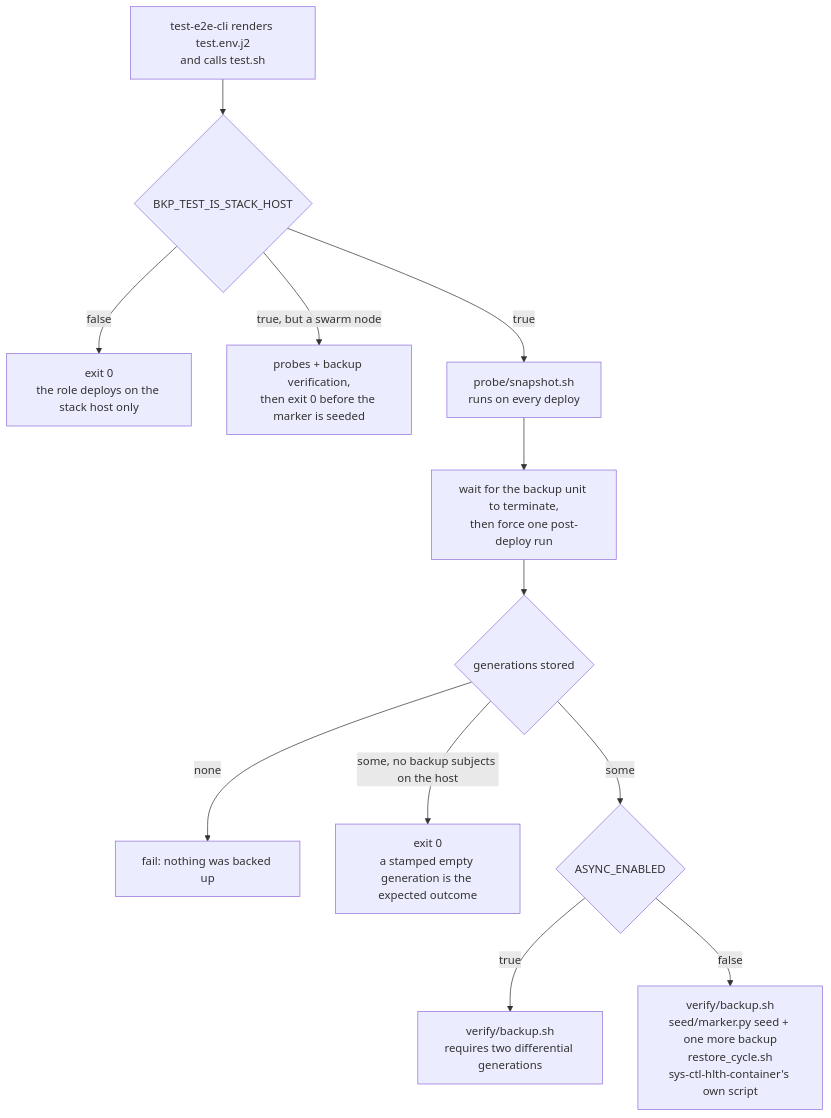
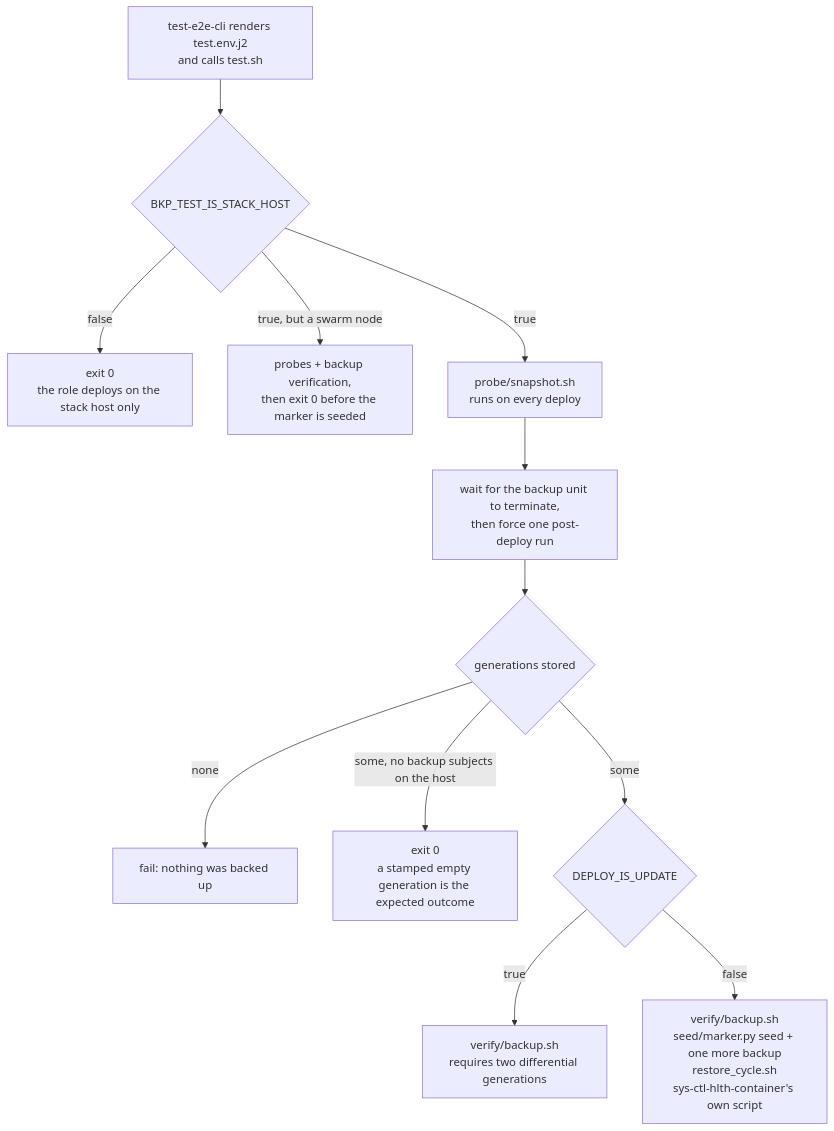
Before and after one commit to infinito-nexus/core: the first of 4 diagrams in roles/svc-bkp-volume-2-local/files/test/README.md, drawn with Mermaid. The commit also changed other lines of this file and 220 other files, not shown here.

First line of the commit message:
refactor(modes): short mode names, lookup('debug')/lookup('validate'), drop ASYNC_ENABLED

````diff
--- a/roles/svc-bkp-volume-2-local/files/test/README.md
+++ b/roles/svc-bkp-volume-2-local/files/test/README.md
@@ -13,14 +14,14 @@
 ```mermaid
 flowchart TD
     ENV["test-e2e-cli renders test.env.j2<br>and calls test.sh"] --> HOST{"BKP_TEST_IS_STACK_HOST"}
     HOST -->|false| SKIP["exit 0<br>the role deploys on the stack host only"]
     HOST -->|"true, but a swarm node"| SWARMSKIP["probes + backup verification,<br>then exit 0 before the marker is seeded"]
     HOST -->|true| PROBE["probe/snapshot.sh<br>runs on every deploy"]
     PROBE --> WAIT["wait for the backup unit to terminate,<br>then force one post-deploy run"]
     WAIT --> COUNT{"generations stored"}
     COUNT -->|none| FAIL["fail: nothing was backed up"]
     COUNT -->|"some, no backup subjects on the host"| EMPTY["exit 0<br>a stamped empty generation is the expected outcome"]
-    COUNT -->|some| PASS{"ASYNC_ENABLED"}
-    PASS -->|true| ASYNC["verify/backup.sh<br>requires two differential generations"]
-    PASS -->|false| SYNC["verify/backup.sh<br>seed/marker.py seed + one more backup<br>restore_cycle.sh<br>sys-ctl-hlth-container's own script"]
+    COUNT -->|some| PASS{"DEPLOY_IS_UPDATE"}
+    PASS -->|true| UPDATE["verify/backup.sh<br>requires two differential generations"]
+    PASS -->|false| FIRST["verify/backup.sh<br>seed/marker.py seed + one more backup<br>restore_cycle.sh<br>sys-ctl-hlth-container's own script"]
 ```
````
